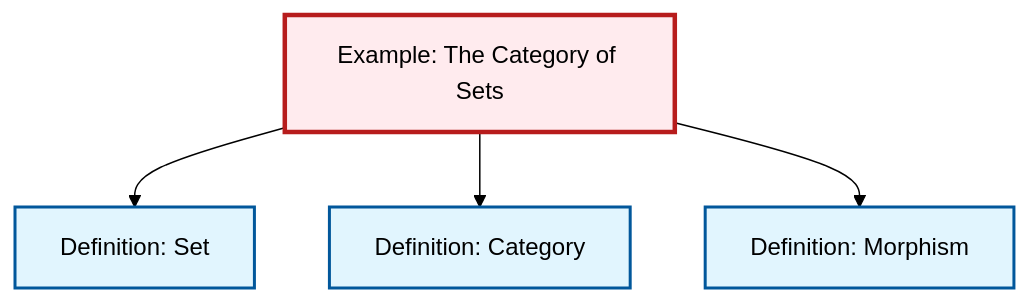
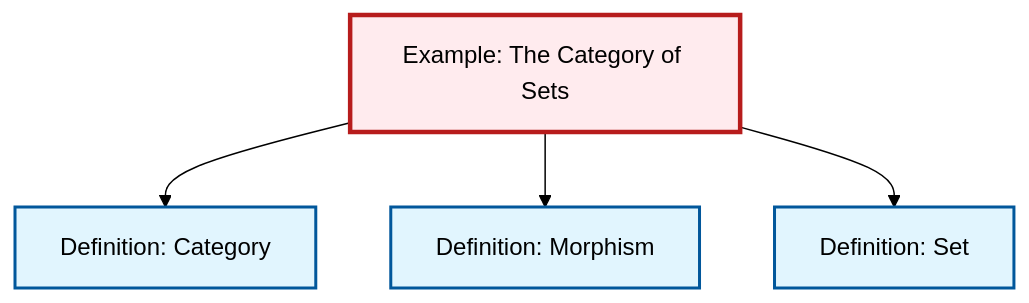
Before and after one commit to RK0429/ModernMath: the diagram in content/ja/category-theory/ex-set-category.qmd, drawn with Mermaid (forest theme). The commit also changed other lines of this file and 497 other files, not shown here.

````diff
--- a/content/ja/category-theory/ex-set-category.qmd
+++ b/content/ja/category-theory/ex-set-category.qmd
@@ -69,20 +69,20 @@
 ```{mermaid}
 %%| fig-cap: "Local dependency graph"
 graph TD
     classDef definition fill:#e1f5fe,stroke:#01579b,stroke-width:2px
     classDef theorem fill:#f3e5f5,stroke:#4a148c,stroke-width:2px
     classDef axiom fill:#fff3e0,stroke:#e65100,stroke-width:2px
     classDef example fill:#e8f5e9,stroke:#1b5e20,stroke-width:2px
     classDef current fill:#ffebee,stroke:#b71c1c,stroke-width:3px
+    def-set["Definition: Set"]:::definition
+    def-morphism["Definition: Morphism"]:::definition
+    ex-set-category["Example: The Category of Sets"]:::example
     def-category["Definition: Category"]:::definition
-    def-set["Definition: Set"]:::definition
-    ex-set-category["Example: The Category of Sets"]:::example
-    def-morphism["Definition: Morphism"]:::definition
-    ex-set-category --> def-set
     ex-set-category --> def-category
     ex-set-category --> def-morphism
+    ex-set-category --> def-set
     class ex-set-category current
-    click def-category "def-category.html" "Definition: Categoryへ"
     click def-set "def-set.html" "Definition: Setへ"
     click def-morphism "def-morphism.html" "Definition: Morphismへ"
+    click def-category "def-category.html" "Definition: Categoryへ"
 ```
````
